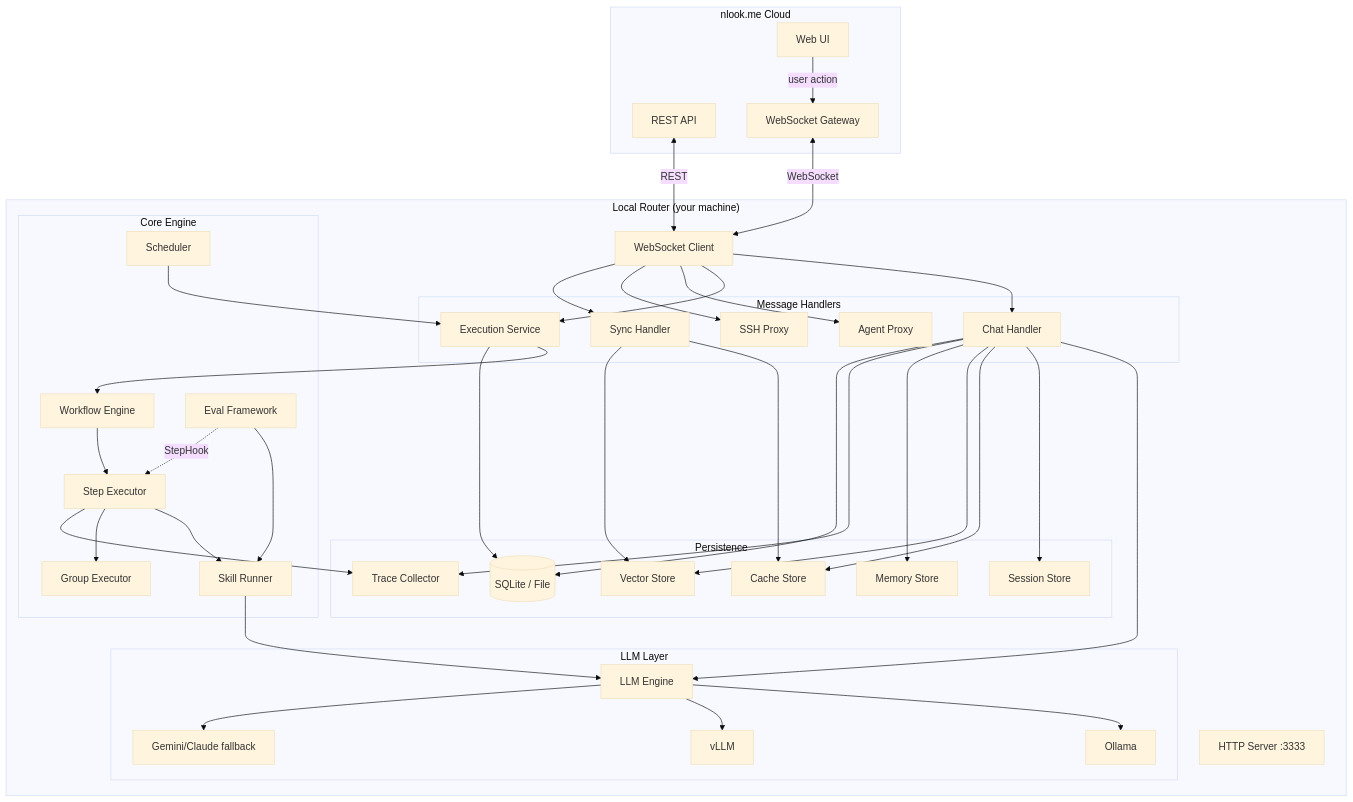
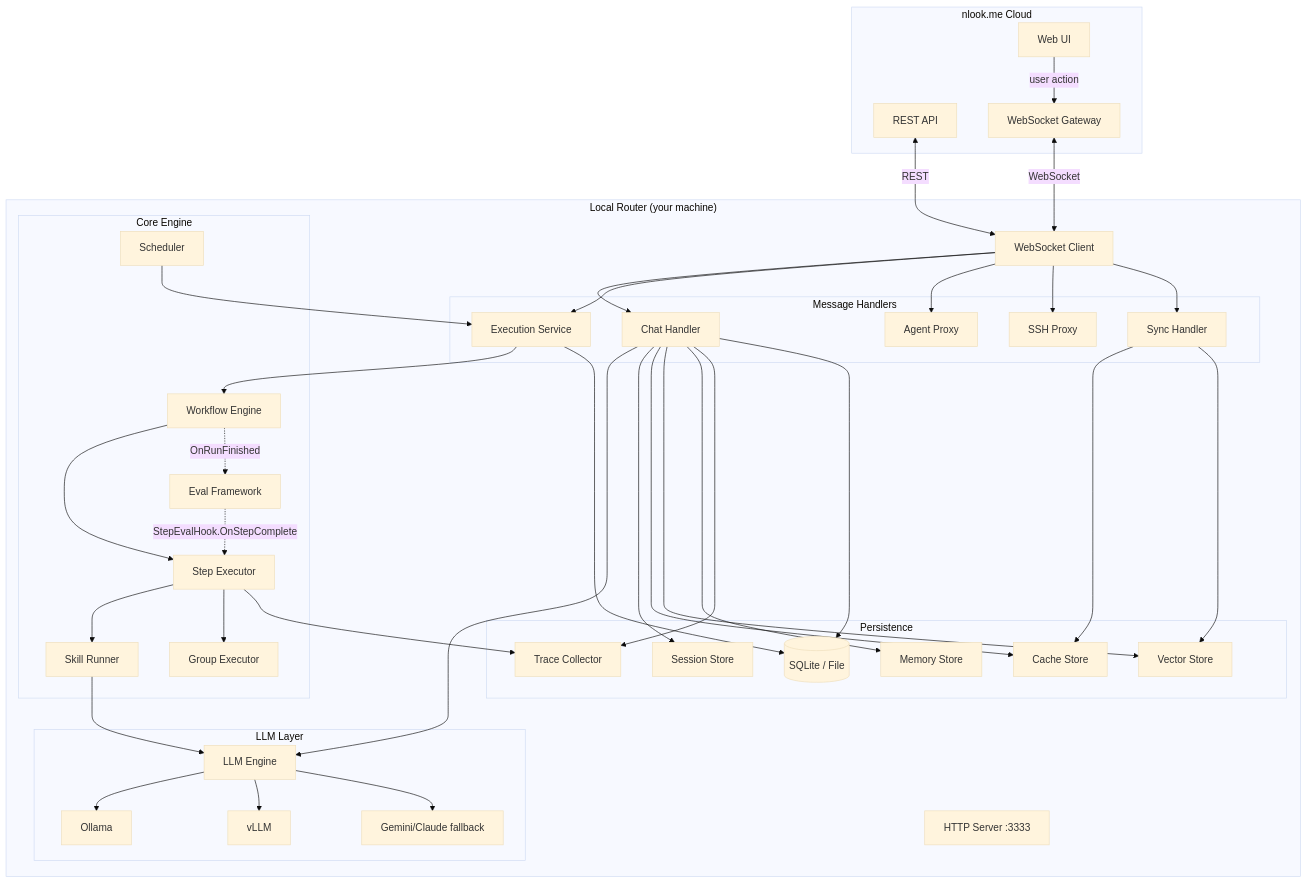
The first of 7 diagrams in README.md (nlook-service/nlook-router), drawn with Mermaid (base theme) before and after one commit. The commit also changed other lines of this file and 5 other files, not shown here.

````diff
--- a/README.md
+++ b/README.md
@@ -38,71 +38,71 @@
 ```mermaid
 graph TB
     subgraph Cloud["nlook.me Cloud"]
         API[REST API]
         WSG[WebSocket Gateway]
         UI[Web UI]
     end
 
     subgraph Router["Local Router (your machine)"]
         WS[WebSocket Client]
 
         subgraph Handlers["Message Handlers"]
             CH[Chat Handler]
             EX[Execution Service]
             AH[Agent Proxy]
             SH[SSH Proxy]
             SY[Sync Handler]
         end
 
         subgraph Core["Core Engine"]
             WE[Workflow Engine]
             SE[Step Executor]
             SR[Skill Runner]
             GE[Group Executor]
             SC[Scheduler]
             EV[Eval Framework]
         end
 
         subgraph LLM["LLM Layer"]
             LE[LLM Engine]
             OL[Ollama]
             VL[vLLM]
             GM[Gemini/Claude fallback]
         end
 
         subgraph Storage["Persistence"]
             DB[(SQLite / File)]
             SS[Session Store]
             CS[Cache Store]
             VS[Vector Store]
             MS[Memory Store]
             TR[Trace Collector]
         end
 
         HTTP[HTTP Server :3333]
     end
 
     UI -->|user action| WSG
     WSG <-->|WebSocket| WS
     API <-->|REST| WS
 
     WS --> CH & EX & AH & SH & SY
 
     CH --> LE
     CH --> SS & CS & VS & MS
     EX --> WE
     WE --> SE --> SR
     SE --> GE
     SC --> EX
-    EV --> SR
-    EV -.->|StepHook| SE
+    EV -.->|StepEvalHook.OnStepComplete| SE
+    WE -.->|OnRunFinished| EV
 
     SR --> LE
     LE --> OL & VL & GM
 
     SE --> TR
     CH --> TR
     CH --> DB
     EX --> DB
     SY --> CS & VS
 ```
````
